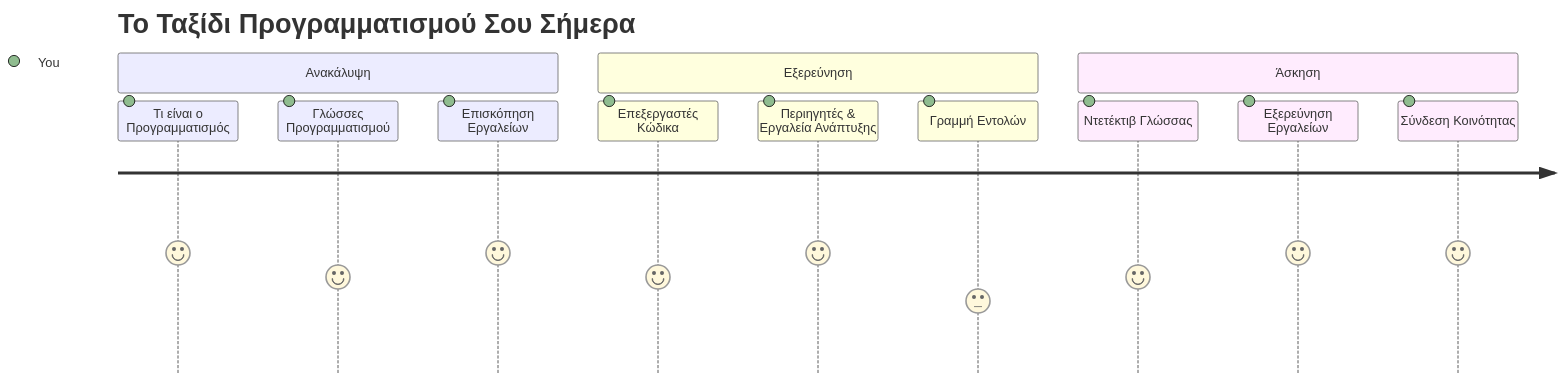
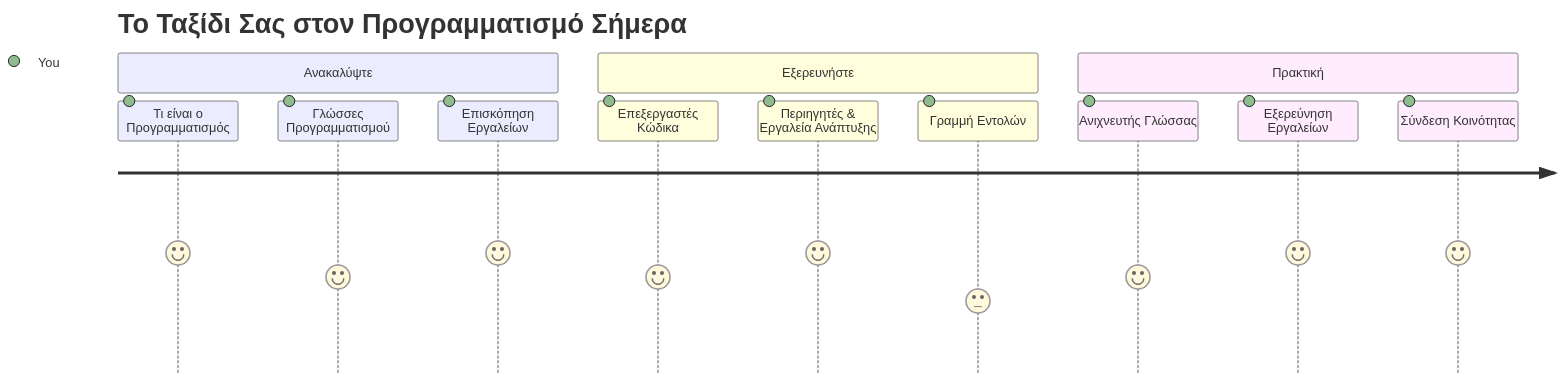
The first of 7 diagrams in translations/el/1-getting-started-lessons/1-intro-to-programming-languages/README.md (microsoft/Web-Dev-For-Beginners), drawn with Mermaid before and after one commit. The commit also changed other lines of this file and 8 other files, not shown here.

````diff
--- a/translations/el/1-getting-started-lessons/1-intro-to-programming-languages/README.md
+++ b/translations/el/1-getting-started-lessons/1-intro-to-programming-languages/README.md
@@ -14,16 +14,16 @@
 ```mermaid
 journey
-    title Το Ταξίδι Προγραμματισμού Σου Σήμερα
-    section Ανακάλυψη
+    title Το Ταξίδι Σας στον Προγραμματισμό Σήμερα
+    section Ανακαλύψτε
       Τι είναι ο Προγραμματισμός: 5: You
       Γλώσσες Προγραμματισμού: 4: You
       Επισκόπηση Εργαλείων: 5: You
-    section Εξερεύνηση
+    section Εξερευνήστε
       Επεξεργαστές Κώδικα: 4: You
       Περιηγητές & Εργαλεία Ανάπτυξης: 5: You
       Γραμμή Εντολών: 3: You
-    section Άσκηση
-      Ντετέκτιβ Γλώσσας: 4: You
+    section Πρακτική
+      Ανιχνευτής Γλώσσας: 4: You
       Εξερεύνηση Εργαλείων: 5: You
       Σύνδεση Κοινότητας: 5: You
 ```
````
